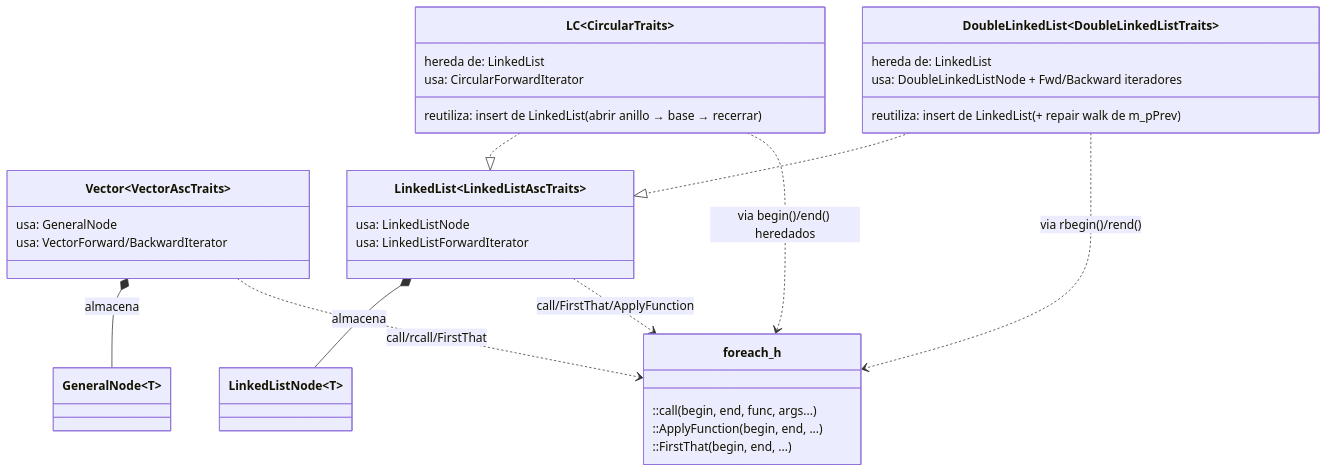
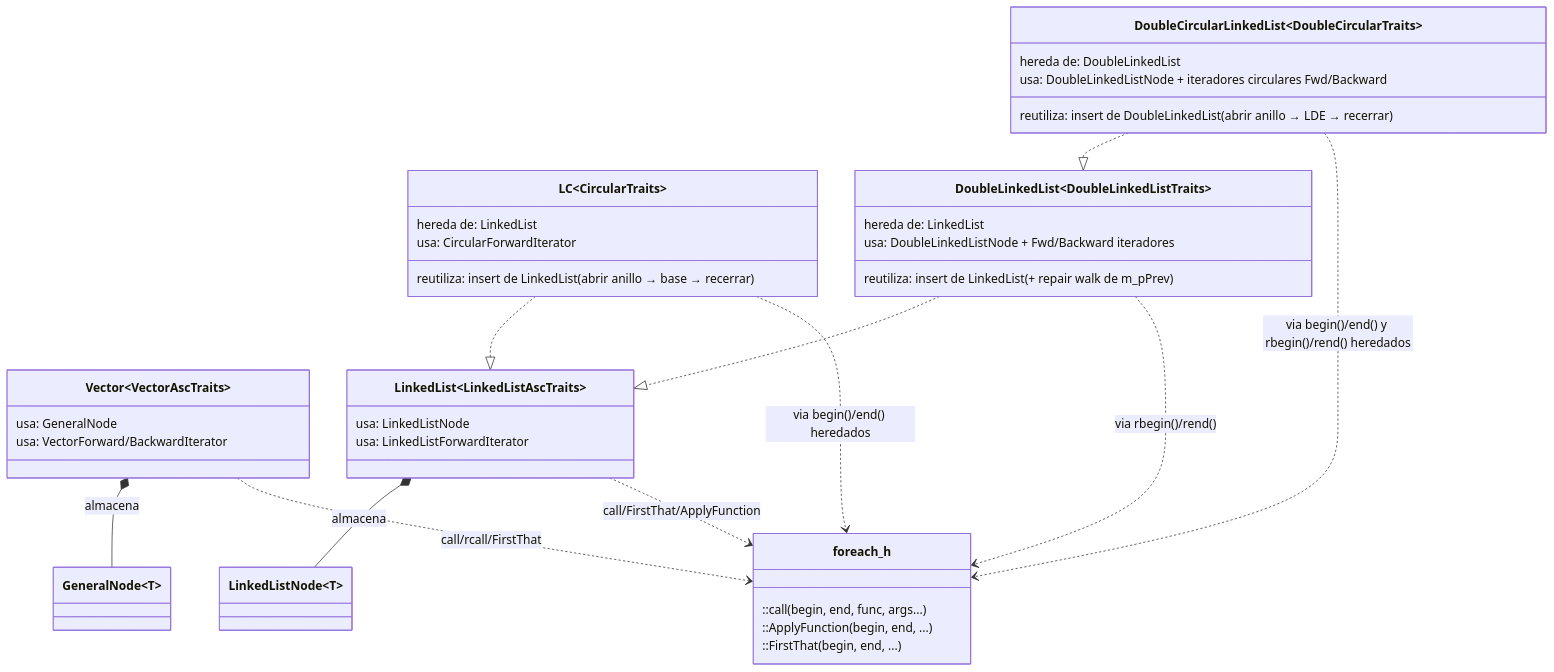
The fifth of 5 diagrams in docs/jerarquias-clases.md (ecuadros/2026-II-CS-UNI-CC0E5-AEDAv), drawn with Mermaid before and after one commit. The commit also changed other lines of this file, not shown here.

Commit message:
docs: jerarquias con DoubleCircularLinkedList

````diff
--- a/docs/jerarquias-clases.md
+++ b/docs/jerarquias-clases.md
@@ -172,34 +196,41 @@
 ```mermaid
 classDiagram
     class Vector~VectorAscTraits~ {
         usa: GeneralNode
         usa: VectorForward/BackwardIterator
     }
     class LinkedList~LinkedListAscTraits~ {
         usa: LinkedListNode
         usa: LinkedListForwardIterator
     }
     class LC~CircularTraits~ {
         hereda de: LinkedList
         usa: CircularForwardIterator
         reutiliza: insert de LinkedList (abrir anillo → base → recerrar)
     }
     class DoubleLinkedList~DoubleLinkedListTraits~ {
         hereda de: LinkedList
         usa: DoubleLinkedListNode + Fwd/Backward iteradores
         reutiliza: insert de LinkedList (+ repair walk de m_pPrev)
     }
+    class DoubleCircularLinkedList~DoubleCircularTraits~ {
+        hereda de: DoubleLinkedList
+        usa: DoubleLinkedListNode + iteradores circulares Fwd/Backward
+        reutiliza: insert de DoubleLinkedList (abrir anillo → LDE → recerrar)
+    }
     class foreach_h {
         ::call(begin, end, func, args...)
         ::ApplyFunction(begin, end, ...)
         ::FirstThat(begin, end, ...)
     }
     Vector~VectorAscTraits~ *-- GeneralNode~T~ : almacena
     LinkedList~LinkedListAscTraits~ *-- LinkedListNode~T~ : almacena
     LC~CircularTraits~ ..|> LinkedList~LinkedListAscTraits~
     DoubleLinkedList~DoubleLinkedListTraits~ ..|> LinkedList~LinkedListAscTraits~
+    DoubleCircularLinkedList~DoubleCircularTraits~ ..|> DoubleLinkedList~DoubleLinkedListTraits~
     Vector~VectorAscTraits~ ..> foreach_h : call/rcall/FirstThat
     LinkedList~LinkedListAscTraits~ ..> foreach_h : call/FirstThat/ApplyFunction
     LC~CircularTraits~ ..> foreach_h : via begin()/end() heredados
     DoubleLinkedList~DoubleLinkedListTraits~ ..> foreach_h : via rbegin()/rend()
+    DoubleCircularLinkedList~DoubleCircularTraits~ ..> foreach_h : via begin()/end() y rbegin()/rend() heredados
 ```
````
